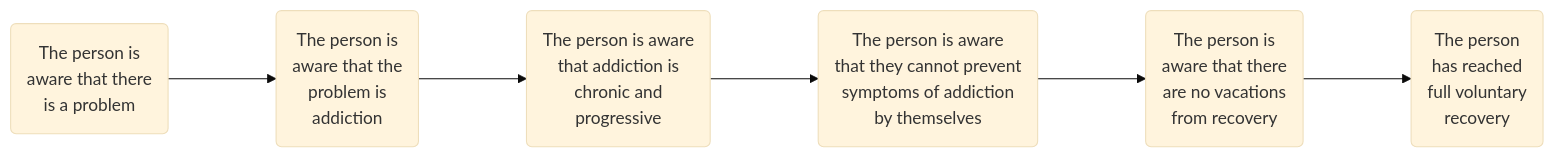
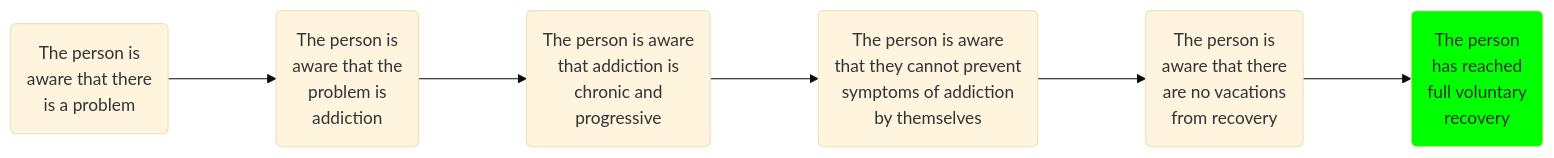
The diagram in Recovery_Cognitions.md (hwetsman/TOC_Trees), drawn with Mermaid (base theme) before and after one commit.

Commit message:
Refactor: change green to 00FF00

`````diff
--- a/Recovery_Cognitions.md
+++ b/Recovery_Cognitions.md
@@ -3,19 +3,19 @@
 ````mermaid
 flowchart LR
 
 aware(The person is <br>aware that there <br>is a problem)
 addiction(The person is <br>aware that the <br>problem is <br>addiction)
     aware--->addiction
     chronic(The person is aware <br>that addiction is <br>chronic and <br>progressive)
         addiction--->chronic
         alone(The person is aware <br>that they cannot prevent <br>symptoms of addiction <br>by themselves)
             chronic--->alone
             vacations(The person is <br>aware that there <br>are no vacations <br>from recovery)
                 alone--->vacations
                 goal(The person <br>has reached <br>full voluntary <br>recovery)
-                style goal fill:'green'
+                style goal fill:#00FF00
                     vacations--->goal
 
 
 
 ````
`````
